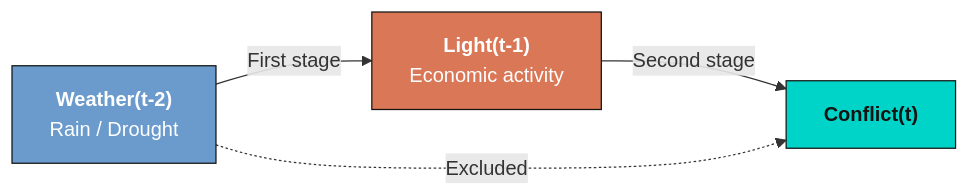
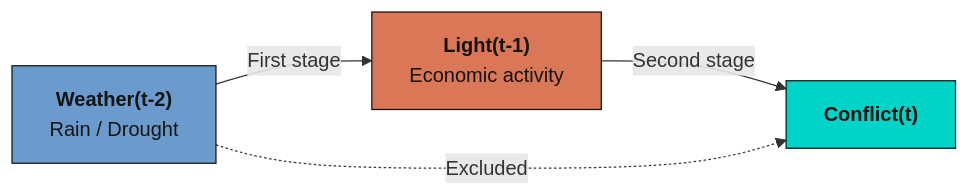
Before and after one commit to cmg777/starter-academic-v501: the second of 2 diagrams in content/post/stata_iv_panel/index.md, drawn with Mermaid. The commit also changed other lines of this file and 67 other files, not shown here.

First line of the commit message:
fix(mermaid): readable diagram text in both themes across the site

````diff
--- a/content/post/stata_iv_panel/index.md
+++ b/content/post/stata_iv_panel/index.md
@@ -280,14 +280,14 @@
 ```mermaid
 graph LR
     W["<b>Weather(t-2)</b><br/>Rain / Drought"]
     L["<b>Light(t-1)</b><br/>Economic activity"]
     C["<b>Conflict(t)</b>"]
 
     W -->|"First stage"| L
     L -->|"Second stage"| C
     W -.->|"Excluded"| C
 
-    style W fill:#6a9bcc,stroke:#141413,color:#fff
-    style L fill:#d97757,stroke:#141413,color:#fff
+    style W fill:#6a9bcc,stroke:#141413,color:#141413
+    style L fill:#d97757,stroke:#141413,color:#141413
     style C fill:#00d4c8,stroke:#141413,color:#141413
 ```
````
